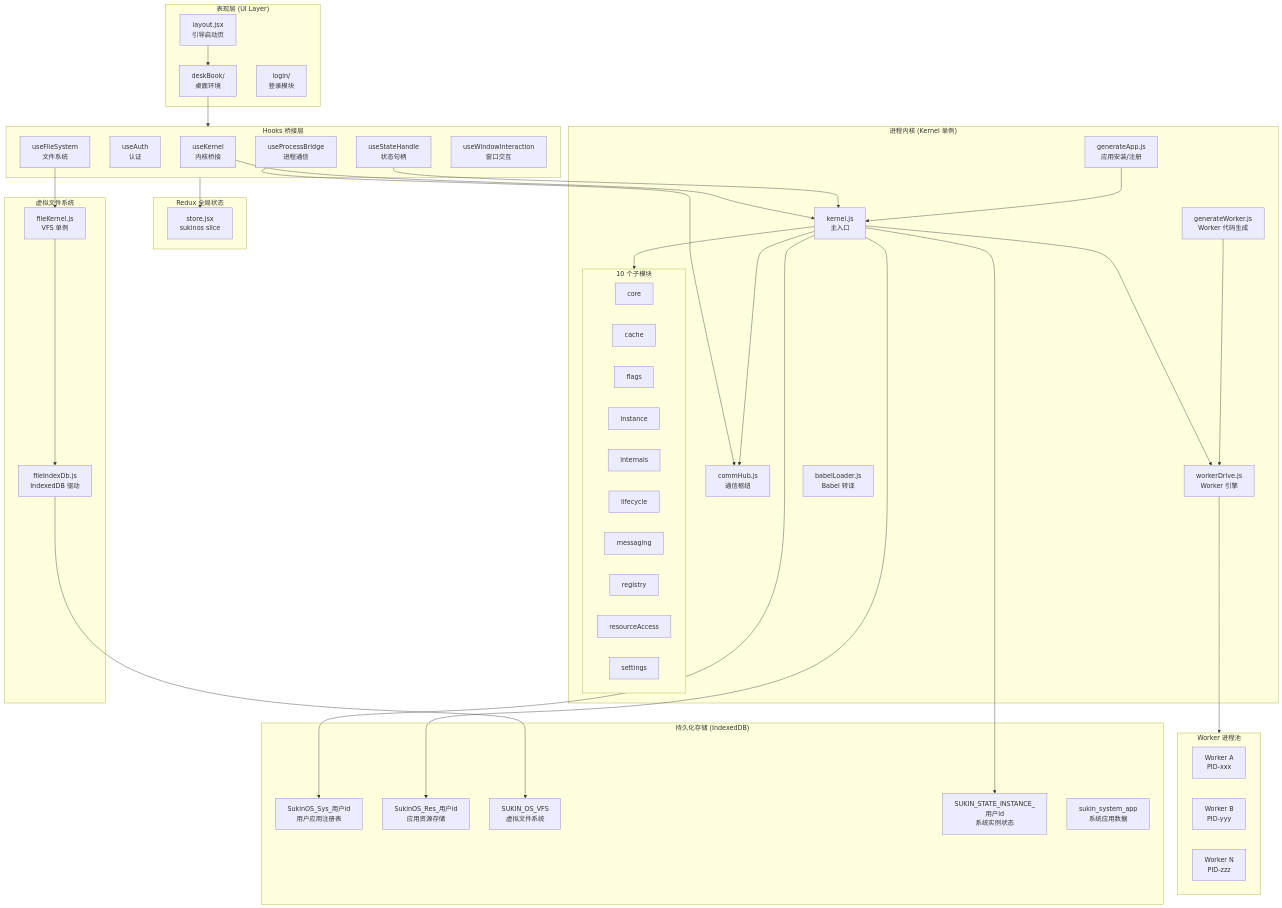
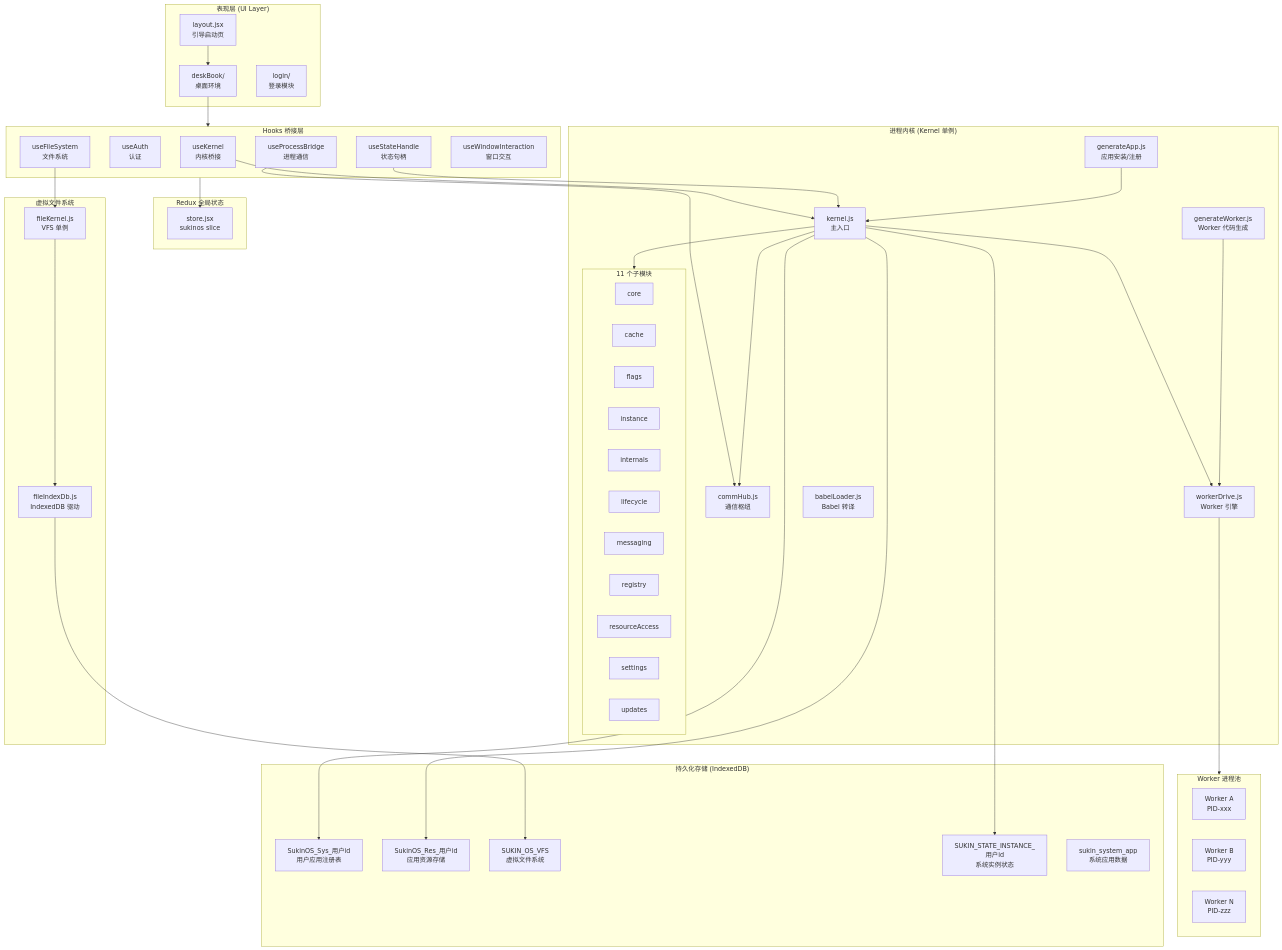
One commit to suluwanqing/sukinOS changed the first of 4 diagrams in docs/module/00-overview.md. Above: the diagram before and after it, drawn with Mermaid. The commit also changed other lines of this file and 104 other files, not shown here.

```diff
--- a/docs/module/00-overview.md
+++ b/docs/module/00-overview.md
@@ -50,7 +50,7 @@
 
     subgraph Kernel["进程内核 (Kernel 单例)"]
         KernelCore["kernel.js<br/>主入口"]
-        subgraph KernelParts["10 个子模块"]
+        subgraph KernelParts["11 个子模块"]
             Core["core"]
             Cache["cache"]
             Flags["flags"]
@@ -61,6 +61,7 @@
             Registry["registry"]
             ResourceAccess["resourceAccess"]
             Settings["settings"]
+            Updates["updates"]
         end
         CommHub["commHub.js<br/>通信枢纽"]
         WorkerDrive["workerDrive.js<br/>Worker 引擎"]
```
